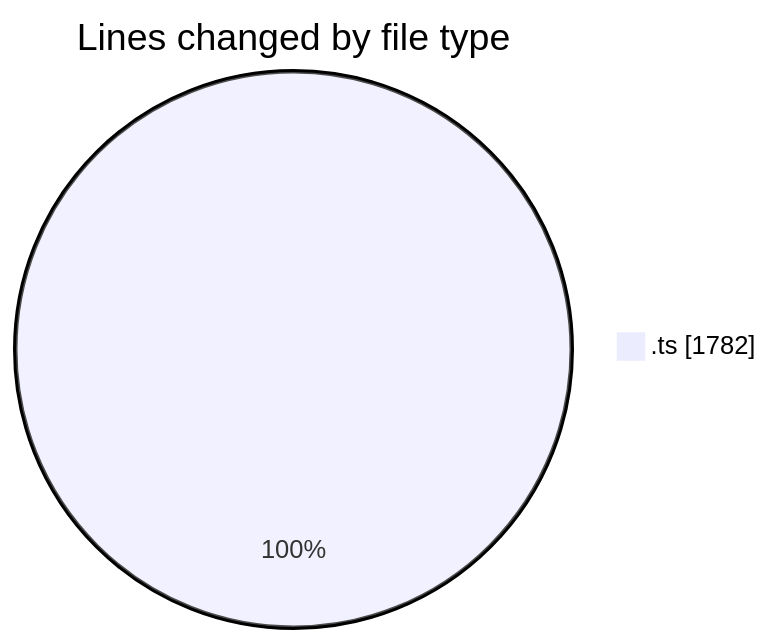
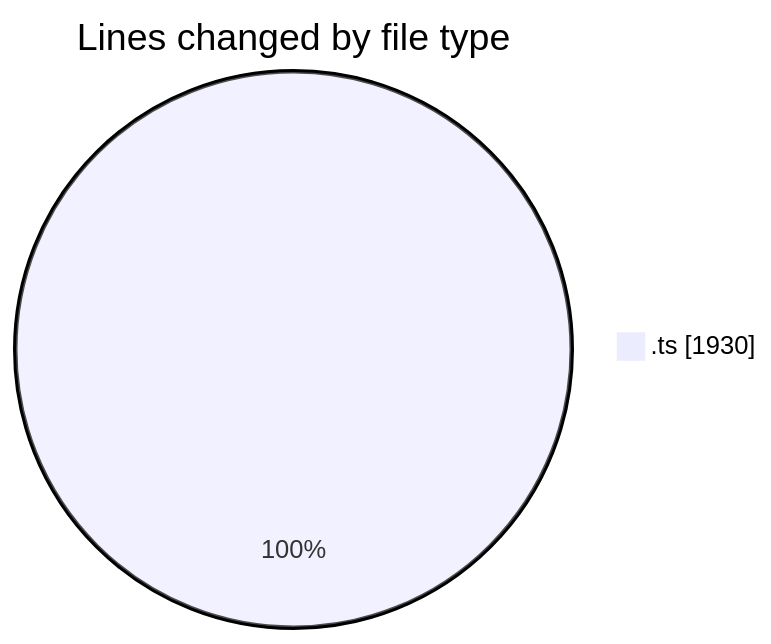
One commit to momahboobian/code-tracking changed the first of 2 diagrams in 2025-08-07/cda/README.md. Above: the diagram before and after it, drawn with Mermaid. The commit also changed other lines of this file and 1 other file, not shown here.

````diff
--- a/2025-08-07/cda/README.md
+++ b/2025-08-07/cda/README.md
@@ -23,5 +23,5 @@
 ```mermaid
 pie showData
 title Lines changed by file type
-".ts" : 1782
+".ts" : 1930
 ```
````
